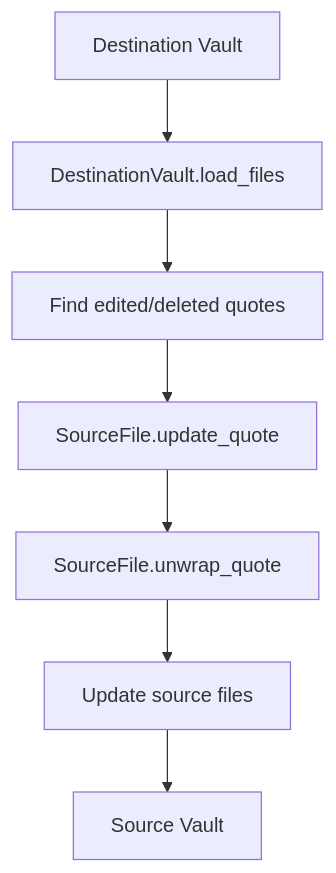
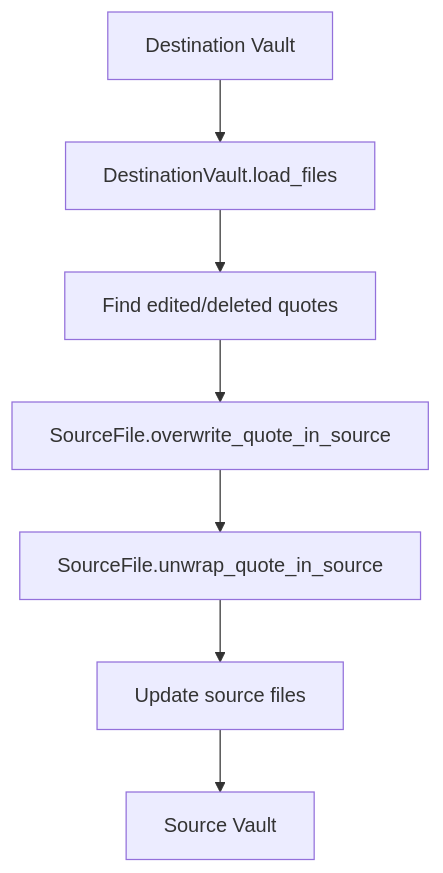
The second of 2 diagrams in docs/architecture.md (ryanjm/QuoteVaultManager), drawn with Mermaid before and after one commit. The commit also changed 2 other files, not shown here.

Commit message:
Refactor SourceFile class by renaming update_quote method to overwrite_quote_in_source and updating related logic in architecture documentation and tests. This change enhances clarity in quote handling and aligns method names with their functionality.

````diff
--- a/docs/architecture.md
+++ b/docs/architecture.md
@@ -73,9 +73,9 @@
 ```mermaid
 graph TD
     A[Destination Vault] --> B[DestinationVault.load_files]
     B --> C[Find edited/deleted quotes]
-    C --> D[SourceFile.update_quote]
-    D --> E[SourceFile.unwrap_quote]
+    C --> D[SourceFile.overwrite_quote_in_source]
+    D --> E[SourceFile.unwrap_quote_in_source]
     E --> F[Update source files]
     F --> G[Source Vault]
 ```
````
